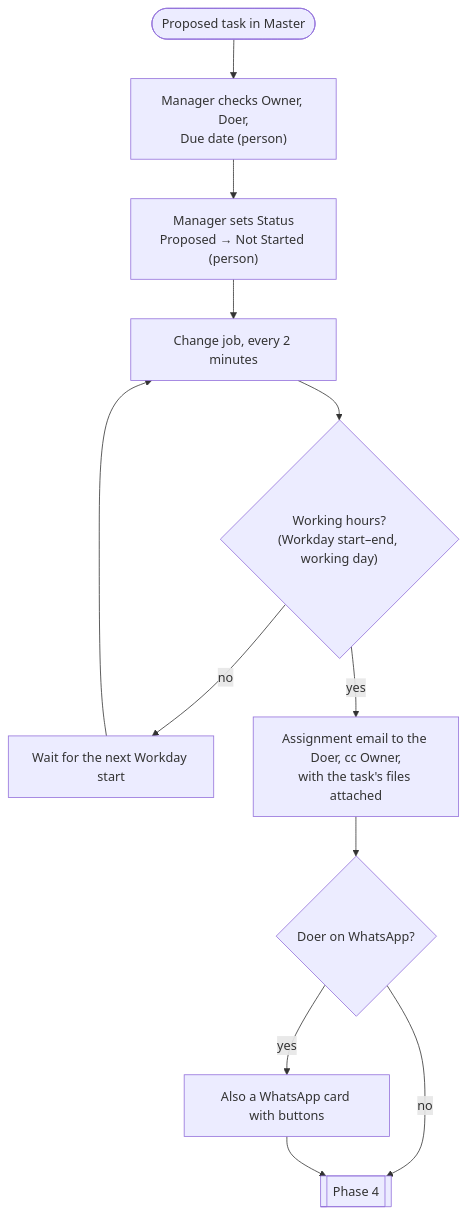
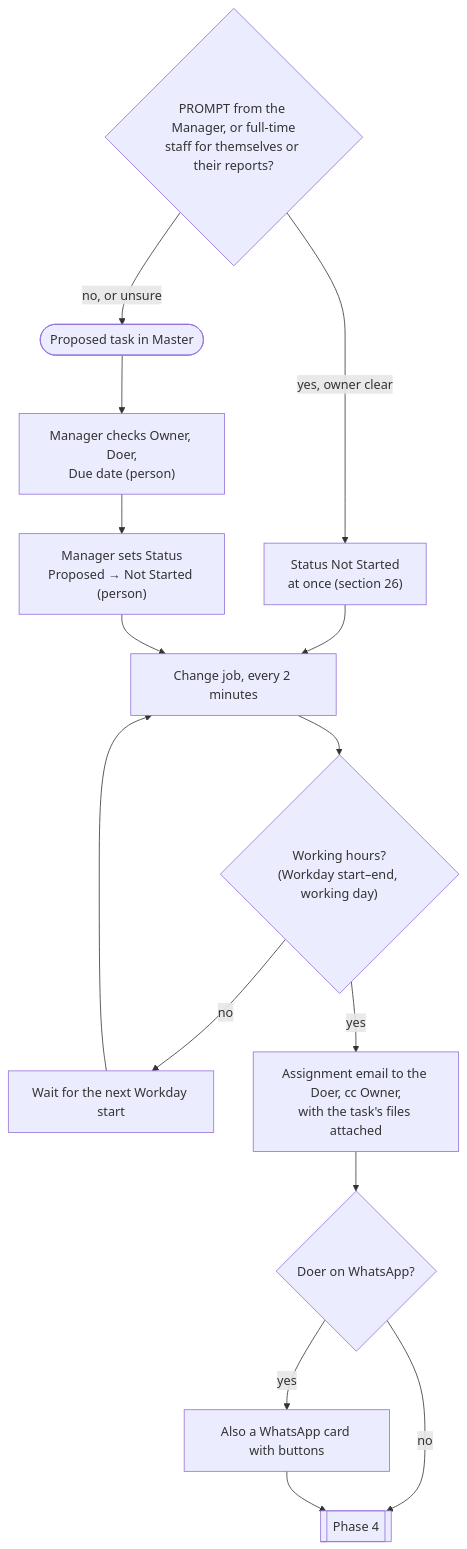
One commit to sleenz/v3 changed the fourth of 7 diagrams in docs/FLOW.md. Above: the diagram before and after it, drawn with Mermaid. The commit also changed other lines of this file and 6 other files, not shown here.

First line of the commit message:
Document section 26: PROMPT assignments start at once, who may assign

````diff
--- a/docs/FLOW.md
+++ b/docs/FLOW.md
@@ -91,14 +91,18 @@
 ```mermaid
 flowchart TD
-    S([Proposed task in Master]) --> M["Manager checks Owner, Doer,<br/>Due date (person)"]
+    PR{"PROMPT from the Manager, or full-time<br/>staff for themselves or their reports?"}
+    PR -->|"yes, owner clear"| NS["Status Not Started<br/>at once (section 26)"]
+    PR -->|"no, or unsure"| S([Proposed task in Master])
+    S --> M["Manager checks Owner, Doer,<br/>Due date (person)"]
     M --> ST["Manager sets Status<br/>Proposed → Not Started (person)"]
-    ST --> CJ["Change job, every 2 minutes"]
+    NS --> CJ["Change job, every 2 minutes"]
+    ST --> CJ
     CJ --> WH{"Working hours?<br/>(Workday start–end, working day)"}
     WH -->|no| WAIT[Wait for the next Workday start]
     WAIT --> CJ
     WH -->|yes| AE["Assignment email to the Doer, cc Owner,<br/>with the task's files attached"]
     AE --> WA{"Doer on WhatsApp?"}
     WA -->|yes| WC[Also a WhatsApp card with buttons]
     WA -->|no| P4
     WC --> P4[["Phase 4"]]
 ```
````
